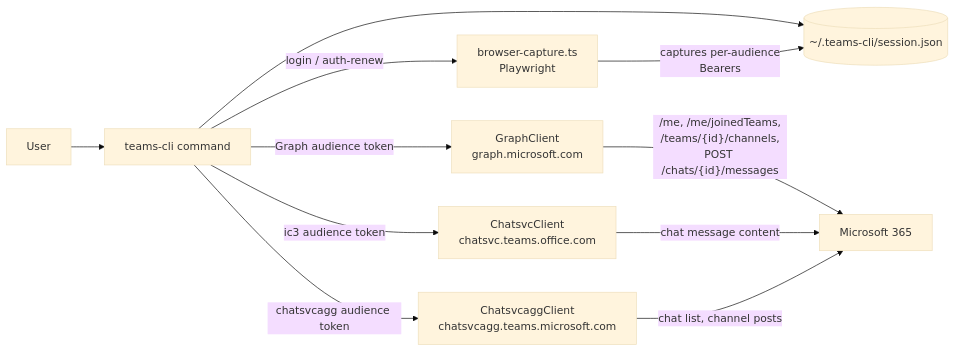
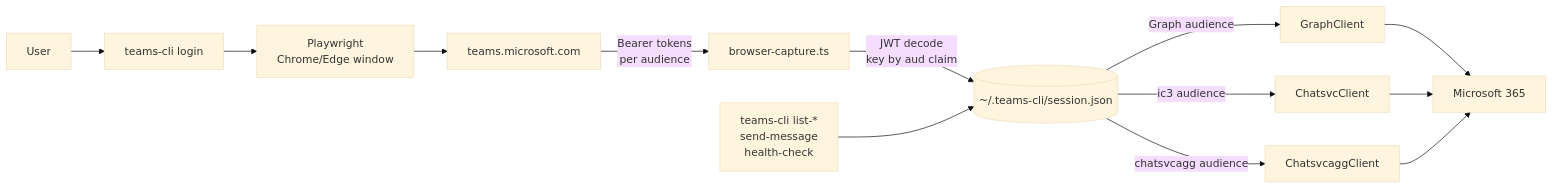
One commit to weirdapps/teams-access changed the diagram in README.md. Above: the diagram before and after it, drawn with Mermaid (base theme). The commit also changed other lines of this file, not shown here.

````diff
--- a/README.md
+++ b/README.md
@@ -150,16 +65,16 @@
 ```mermaid
 flowchart LR
-  U[User] --> CLI[teams-cli command]
-  CLI --> SESS[(~/.teams-cli/session.json)]
+  U[User] --> LOGIN[teams-cli login]
+  LOGIN --> PW[Playwright<br/>Chrome/Edge window]
+  PW --> TEAMS[teams.microsoft.com]
+  TEAMS -- Bearer tokens<br/>per audience --> BC[browser-capture.ts]
+  BC -- JWT decode<br/>key by aud claim --> SESS[(~/.teams-cli/session.json)]
 
-  CLI -- login / auth-renew --> BC[browser-capture.ts<br/>Playwright]
-  BC -- captures per-audience<br/>Bearers --> SESS
-
-  CLI -- Graph audience token --> G[GraphClient<br/>graph.microsoft.com]
-  CLI -- ic3 audience token --> C[ChatsvcClient<br/>chatsvc.teams.office.com]
-  CLI -- chatsvcagg audience token --> A[ChatsvcaggClient<br/>chatsvcagg.teams.microsoft.com]
-
-  G -- /me, /me/joinedTeams,<br/>/teams/{id}/channels,<br/>POST /chats/{id}/messages --> M365[Microsoft 365]
-  C -- chat message content --> M365
-  A -- chat list, channel posts --> M365
+  CMD[teams-cli list-*<br/>send-message<br/>health-check] --> SESS
+  SESS -- Graph audience --> G[GraphClient]
+  SESS -- ic3 audience --> C[ChatsvcClient]
+  SESS -- chatsvcagg audience --> A[ChatsvcaggClient]
+  G --> M365[Microsoft 365]
+  C --> M365
+  A --> M365
 ```
````
